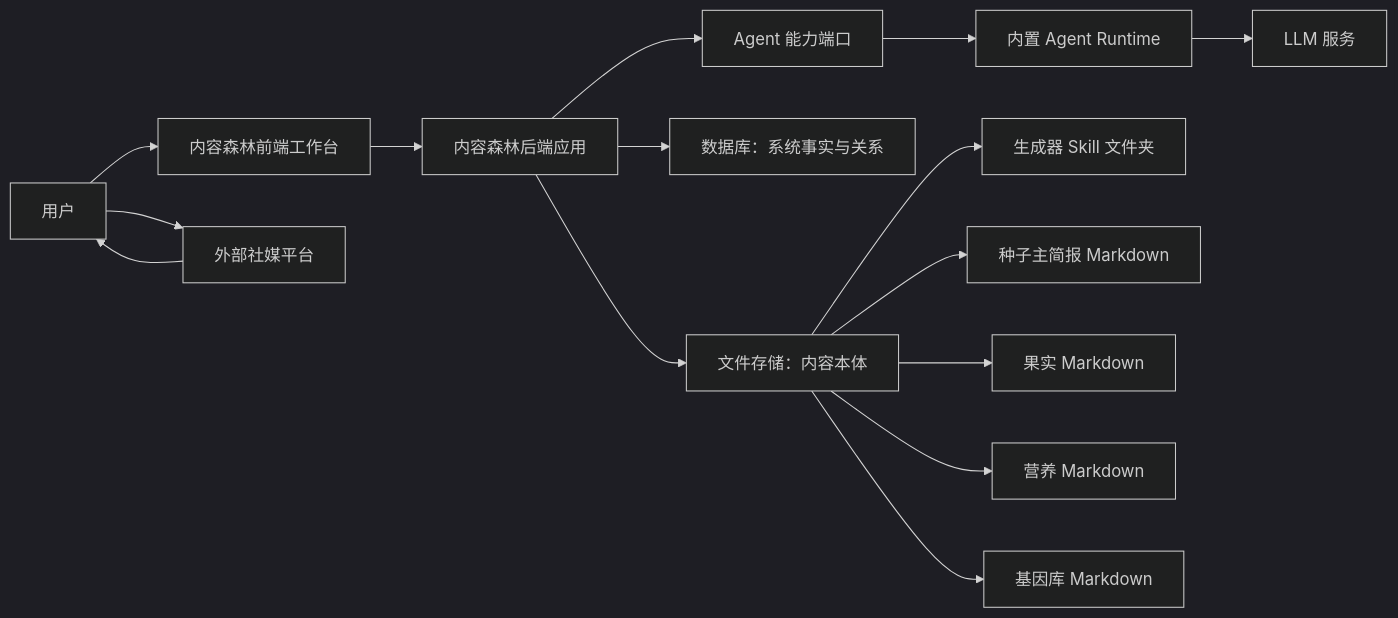
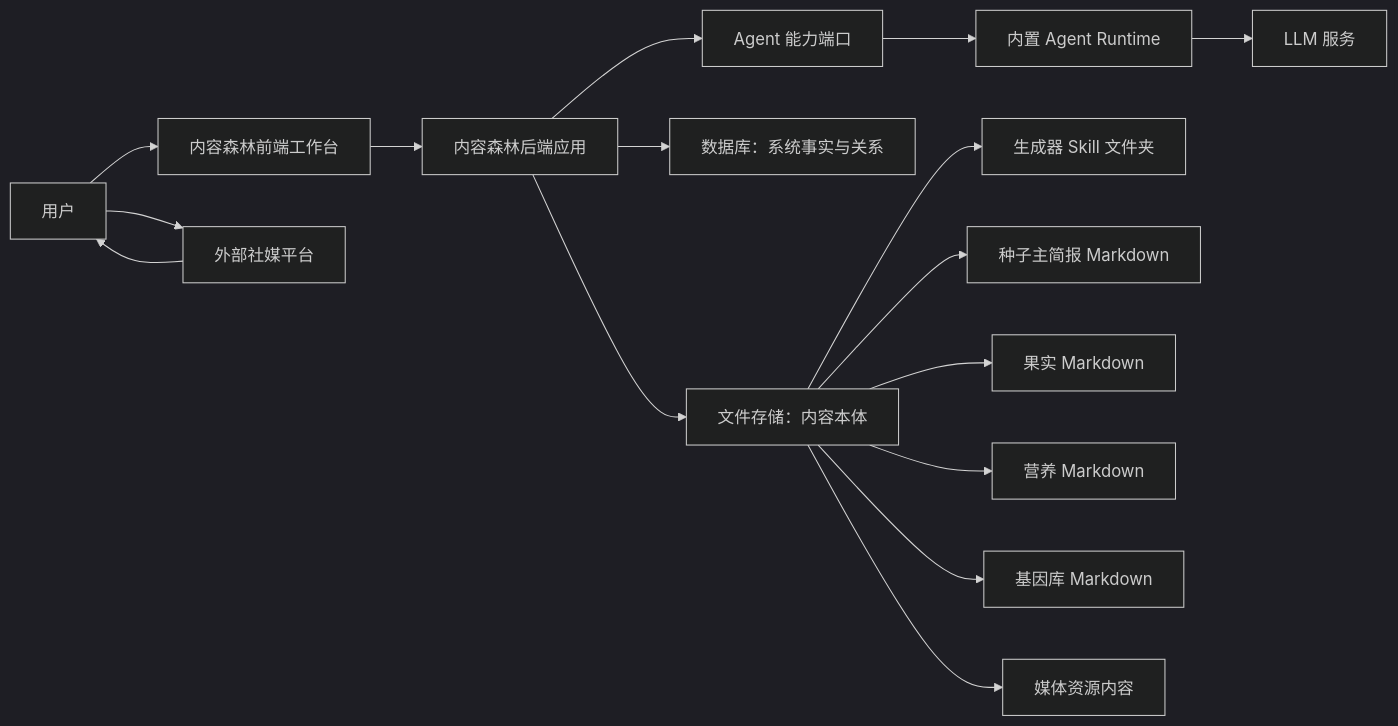
One commit to Time-Machine-Lab/ContentForest changed the first of 6 diagrams in docs/design/内容森林架构设计文档.md. Above: the diagram before and after it, drawn with Mermaid (dark theme). The commit also changed other lines of this file and 86 other files, not shown here.

````diff
--- a/docs/design/内容森林架构设计文档.md
+++ b/docs/design/内容森林架构设计文档.md
@@ -19,17 +19,18 @@
 ```mermaid
 flowchart LR
     User["用户"] --> Frontend["内容森林前端工作台"]
     Frontend --> Backend["内容森林后端应用"]
     Backend --> AgentPort["Agent 能力端口"]
     AgentPort --> AgentRuntime["内置 Agent Runtime"]
     AgentRuntime --> LLM["LLM 服务"]
     Backend --> Database["数据库：系统事实与关系"]
     Backend --> FileStore["文件存储：内容本体"]
     FileStore --> Generators["生成器 Skill 文件夹"]
     FileStore --> SeedBriefs["种子主简报 Markdown"]
     FileStore --> Fruits["果实 Markdown"]
     FileStore --> Nutrients["营养 Markdown"]
     FileStore --> Genes["基因库 Markdown"]
+    FileStore --> Media["媒体资源内容"]
     User --> SocialPlatforms["外部社媒平台"]
     SocialPlatforms --> User
 ```
````
